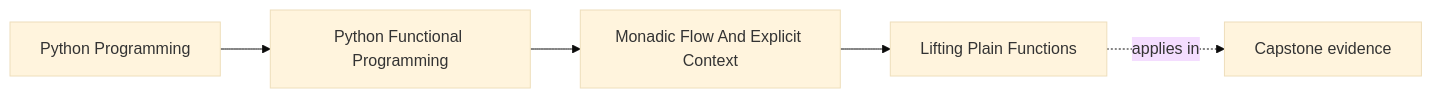
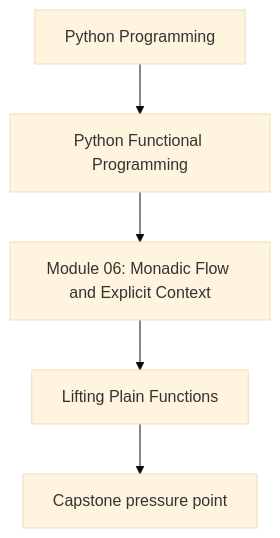
One commit to bijux/bijux-masterclass changed the first of 2 diagrams in programs/python-programming/python-functional-programming/course-book/module-06-monadic-flow-and-explicit-context/lifting-plain-functions.md. Above: the diagram before and after it, drawn with Mermaid (base theme). The commit also changed other lines of this file and 118 other files, not shown here.

Commit message:
docs(python-functional-programming): align concept page diagrams

````diff
--- a/programs/python-programming/python-functional-programming/course-book/module-06-monadic-flow-and-explicit-context/lifting-plain-functions.md
+++ b/programs/python-programming/python-functional-programming/course-book/module-06-monadic-flow-and-explicit-context/lifting-plain-functions.md
@@ -7,11 +7,7 @@
 ```mermaid
-graph LR
-  family["Python Programming"]
-  program["Python Functional Programming"]
-  section["Monadic Flow And Explicit Context"]
-  page["Lifting Plain Functions"]
-  capstone["Capstone evidence"]
-
-  family --> program --> section --> page
-  page -.applies in.-> capstone
+flowchart TD
+  family["Python Programming"] --> program["Python Functional Programming"]
+  program --> module["Module 06: Monadic Flow and Explicit Context"]
+  module --> concept["Lifting Plain Functions"]
+  concept --> capstone["Capstone pressure point"]
 ```
````
